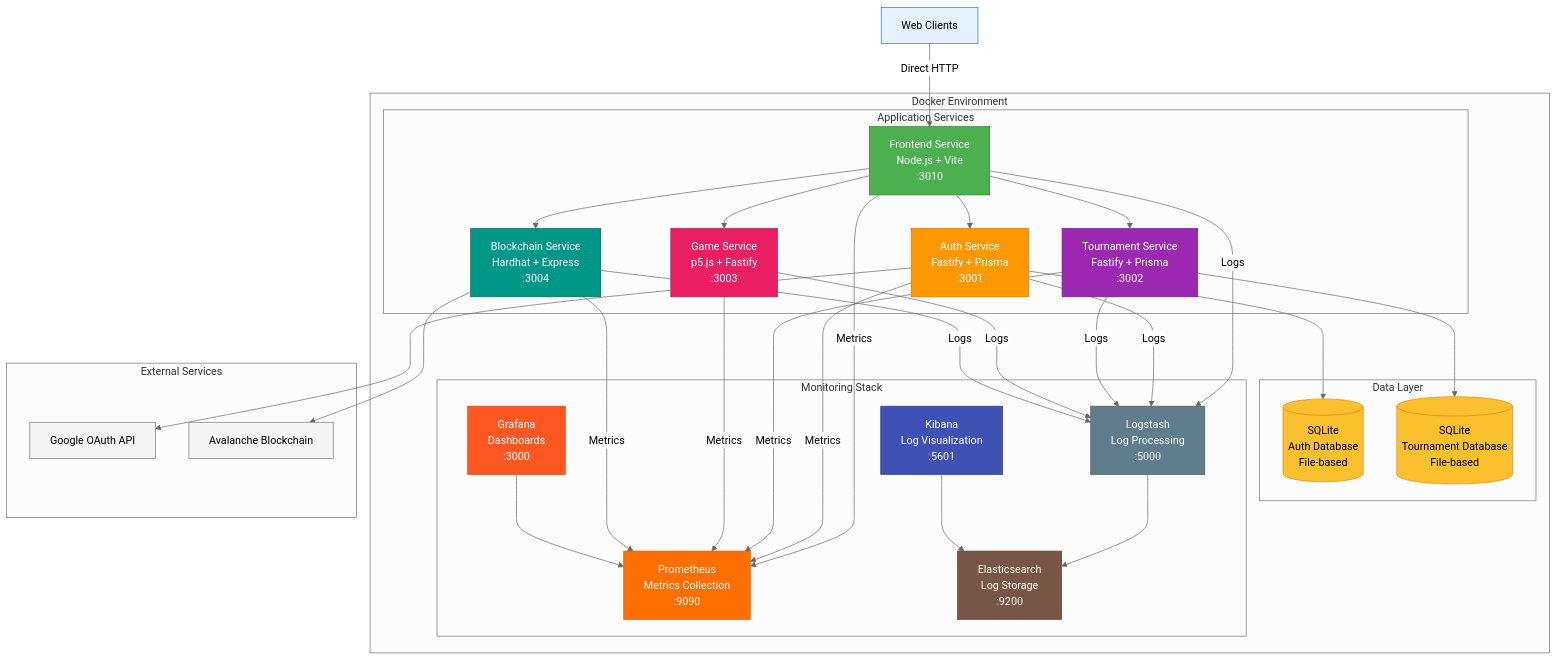
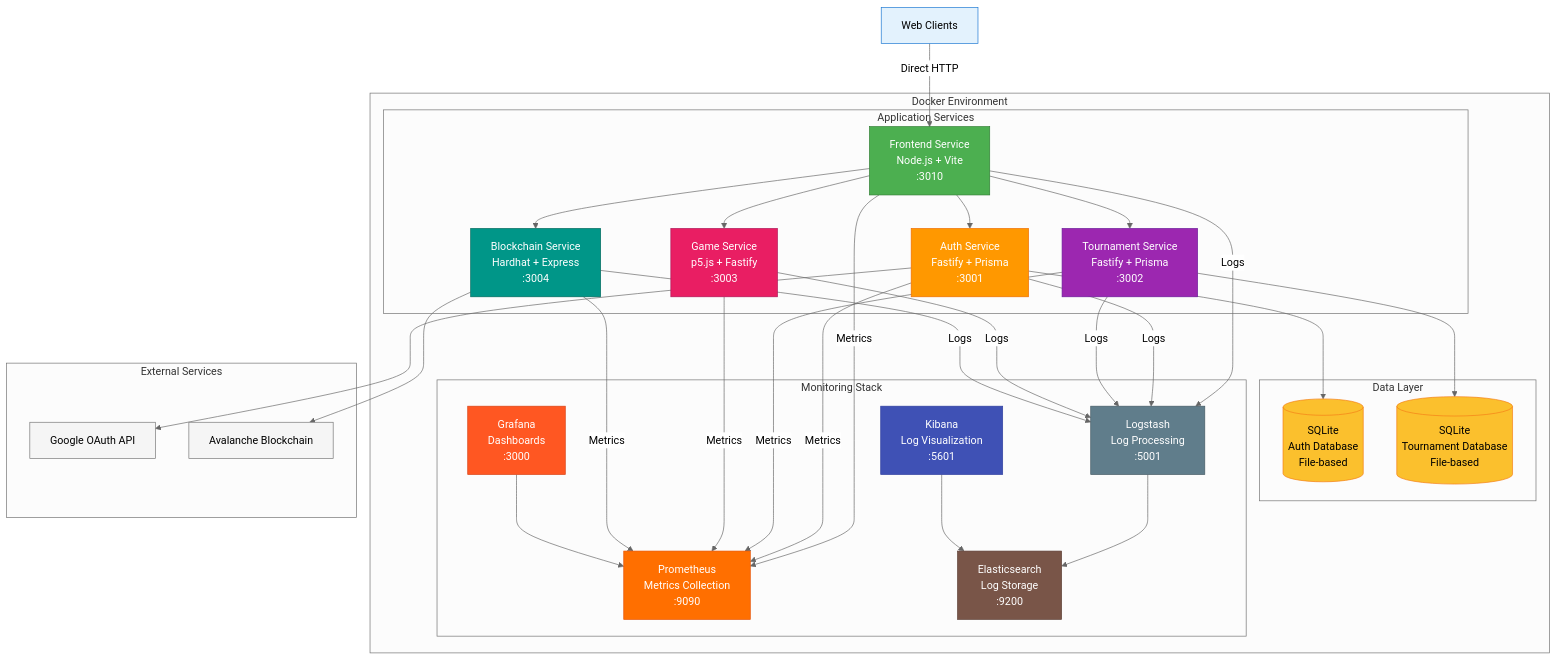
One commit to 0bvim/ft_transcendence changed the diagram in docs/architecture/deployment-infrastructure.mmd. Above: the diagram before and after it, drawn with Mermaid. The commit also changed 4 other files, not shown here.

First line of the commit message:
docs: reorganize architecture and monitoring documentation

```diff
--- a/docs/architecture/deployment-infrastructure.mmd
+++ b/docs/architecture/deployment-infrastructure.mmd
@@ -1,82 +1,82 @@
 %%{init: {'theme':'neutral'}}%%
 flowchart TD
     subgraph "Docker Environment"
         subgraph "Application Services"
             Frontend[Frontend Service<br/>Node.js + Vite<br/>:3010]
             Auth[Auth Service<br/>Fastify + Prisma<br/>:3001]
             Tournament[Tournament Service<br/>Fastify + Prisma<br/>:3002]
             Game[Game Service<br/>p5.js + Fastify<br/>:3003]
             Blockchain[Blockchain Service<br/>Hardhat + Express<br/>:3004]
         end
         
         subgraph "Data Layer"
             AuthDB[(SQLite<br/>Auth Database<br/>File-based)]
             TournamentDB[(SQLite<br/>Tournament Database<br/>File-based)]
         end
         
         subgraph "Monitoring Stack"
             Prometheus[Prometheus<br/>Metrics Collection<br/>:9090]
             Grafana[Grafana<br/>Dashboards<br/>:3000]
             Elasticsearch[Elasticsearch<br/>Log Storage<br/>:9200]
-            Logstash[Logstash<br/>Log Processing<br/>:5000]
+            Logstash[Logstash<br/>Log Processing<br/>:5001]
             Kibana[Kibana<br/>Log Visualization<br/>:5601]
         end
         
 
     end
     
     subgraph "External Services"
         Google[Google OAuth API]
         Avalanche[Avalanche Blockchain]
     end
     
     %% Request Flow
     Client[Web Clients] -->|Direct HTTP| Frontend
     Frontend --> Auth
     Frontend --> Tournament
     Frontend --> Game
     Frontend --> Blockchain
     
     %% Database Connections
     Auth --> AuthDB
     Tournament --> TournamentDB
     
     %% External Integrations
     Auth --> Google
     Blockchain --> Avalanche
     
     %% Monitoring Connections
     Frontend -->|Metrics| Prometheus
     Auth -->|Metrics| Prometheus
     Tournament -->|Metrics| Prometheus
     Game -->|Metrics| Prometheus
     Blockchain -->|Metrics| Prometheus
     
     Frontend -->|Logs| Logstash
     Auth -->|Logs| Logstash
     Tournament -->|Logs| Logstash
     Game -->|Logs| Logstash
     Blockchain -->|Logs| Logstash
     
     Logstash --> Elasticsearch
     Kibana --> Elasticsearch
     Grafana --> Prometheus
     
     %% Styling
     style Client fill:#e3f2fd,stroke:#1976d2
 
     style Frontend fill:#4caf50,color:#fff,stroke:#2e7d32
     style Auth fill:#ff9800,color:#fff,stroke:#ef6c00
     style Tournament fill:#9c27b0,color:#fff,stroke:#6a1b9a
     style Game fill:#e91e63,color:#fff,stroke:#ad1457
     style Blockchain fill:#009688,color:#fff,stroke:#00695c
     style AuthDB fill:#fbc02d,stroke:#f57f17
     style TournamentDB fill:#fbc02d,stroke:#f57f17
 
     style Prometheus fill:#ff6f00,color:#fff,stroke:#e65100
     style Grafana fill:#ff5722,color:#fff,stroke:#d84315
     style Elasticsearch fill:#795548,color:#fff,stroke:#5d4037
     style Logstash fill:#607d8b,color:#fff,stroke:#455a64
     style Kibana fill:#3f51b5,color:#fff,stroke:#303f9f
     style Google fill:#f5f5f5,stroke:#757575
     style Avalanche fill:#f5f5f5,stroke:#757575 
```
